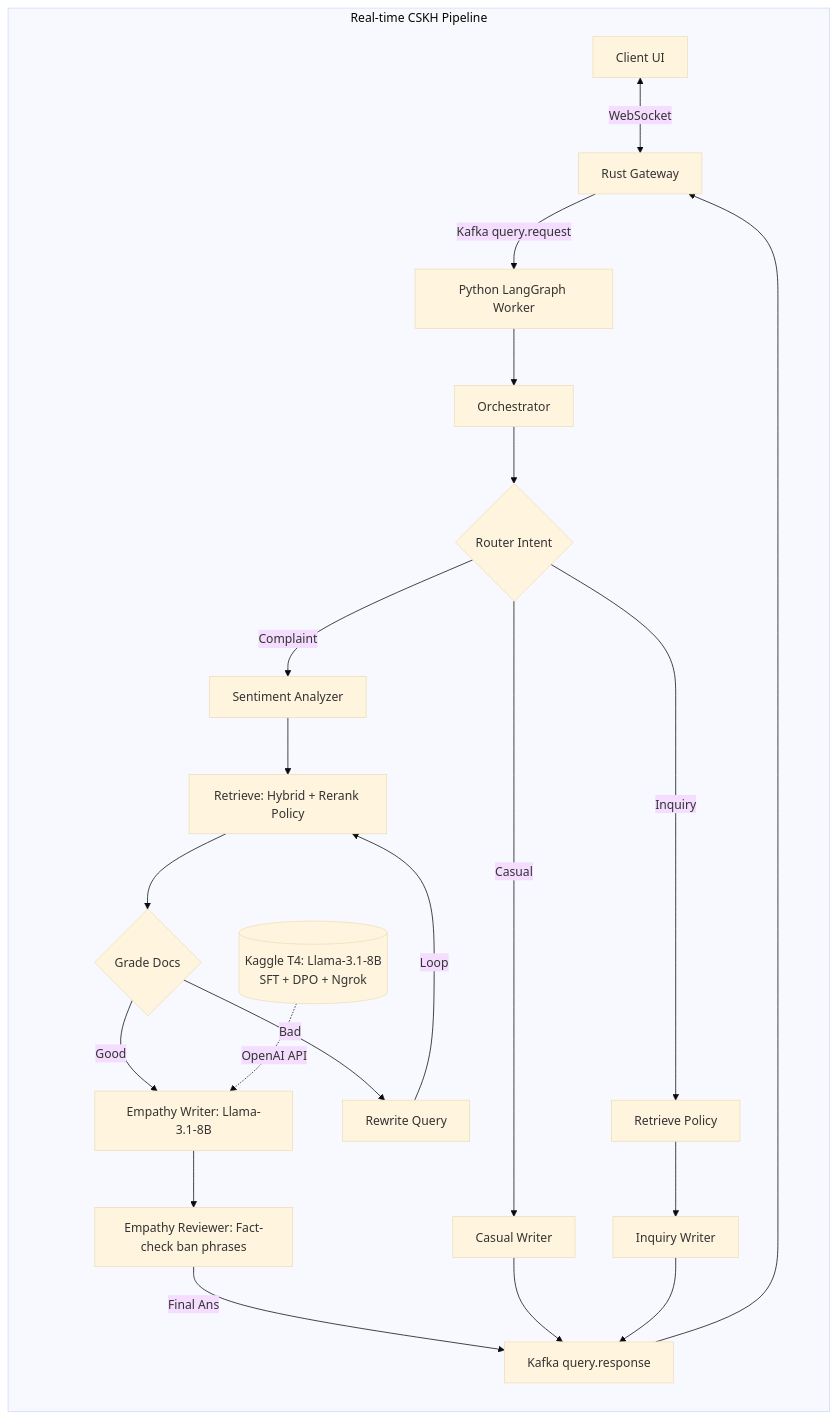
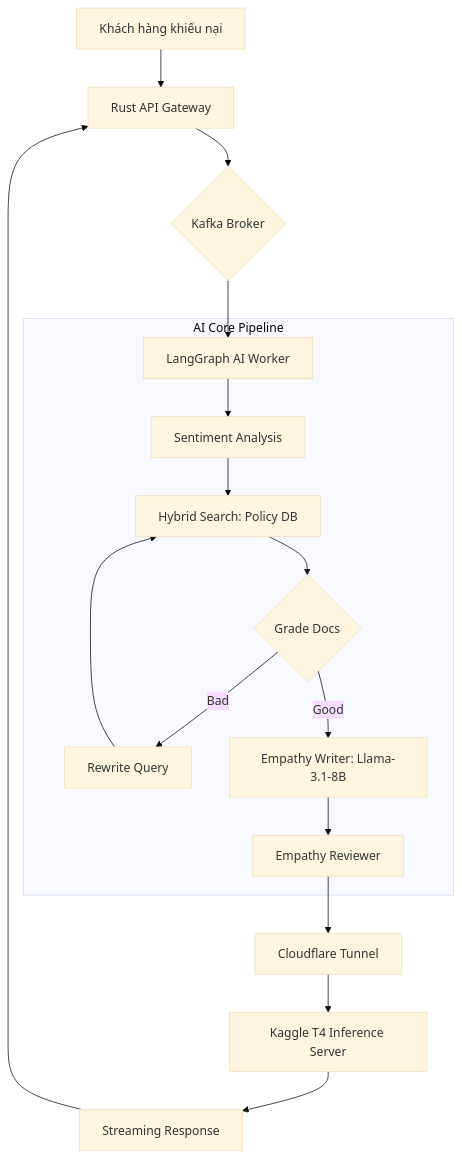
Before and after one commit to Thanh281105/empath_AI: the diagram in README.md, drawn with Mermaid (base theme). The commit also changed other lines of this file and 53 other files, not shown here.

````diff
--- a/README.md
+++ b/README.md
@@ -26,31 +23,21 @@
 ```mermaid
-graph LR
-    subgraph "Real-time CSKH Pipeline"
-        C[Client UI] <-->|WebSocket| R[Rust Gateway]
-        
-        R -->|Kafka query.request| QW[Python LangGraph Worker]
-        
-        QW --> G[Orchestrator]
-        
-        G --> R1{Router Intent}
-        R1 -->|Casual| CAS[Casual Writer]
-        R1 -->|Inquiry| INQ_P[Retrieve Policy]
-        R1 -->|Complaint| SNT[Sentiment Analyzer]
-        
-        SNT --> RET[Retrieve: Hybrid + Rerank Policy]
-        RET --> GRD{Grade Docs}
-        GRD -->|Bad| RW[Rewrite Query]
-        RW -->|Loop| RET
-        
-        GRD -->|Good| W[Empathy Writer: Llama-3.1-8B]
-        W --> REV[Empathy Reviewer: Fact-check ban phrases]
-        
-        REV -->|Final Ans| KF[Kafka query.response]
-        CAS --> KF
-        INQ_P --> INQ_W[Inquiry Writer] --> KF
-        
-        KF --> R
-        
-        LLM[(Kaggle T4: Llama-3.1-8B <br>SFT + DPO + Ngrok)] -.->|OpenAI API| W
+graph TD
+    A[Khách hàng khiếu nại] --> B[Rust API Gateway]
+    B --> C{Kafka Broker}
+    C --> D[LangGraph AI Worker]
+    
+    subgraph "AI Core Pipeline"
+        D --> E[Sentiment Analysis]
+        E --> F[Hybrid Search: Policy DB]
+        F --> G{Grade Docs}
+        G -->|Bad| H[Rewrite Query]
+        H --> F
+        G -->|Good| I[Empathy Writer: Llama-3.1-8B]
+        I --> J[Empathy Reviewer]
     end
+    
+    J --> K[Cloudflare Tunnel]
+    K --> L[Kaggle T4 Inference Server]
+    L --> M[Streaming Response]
+    M --> B
 ```
````
